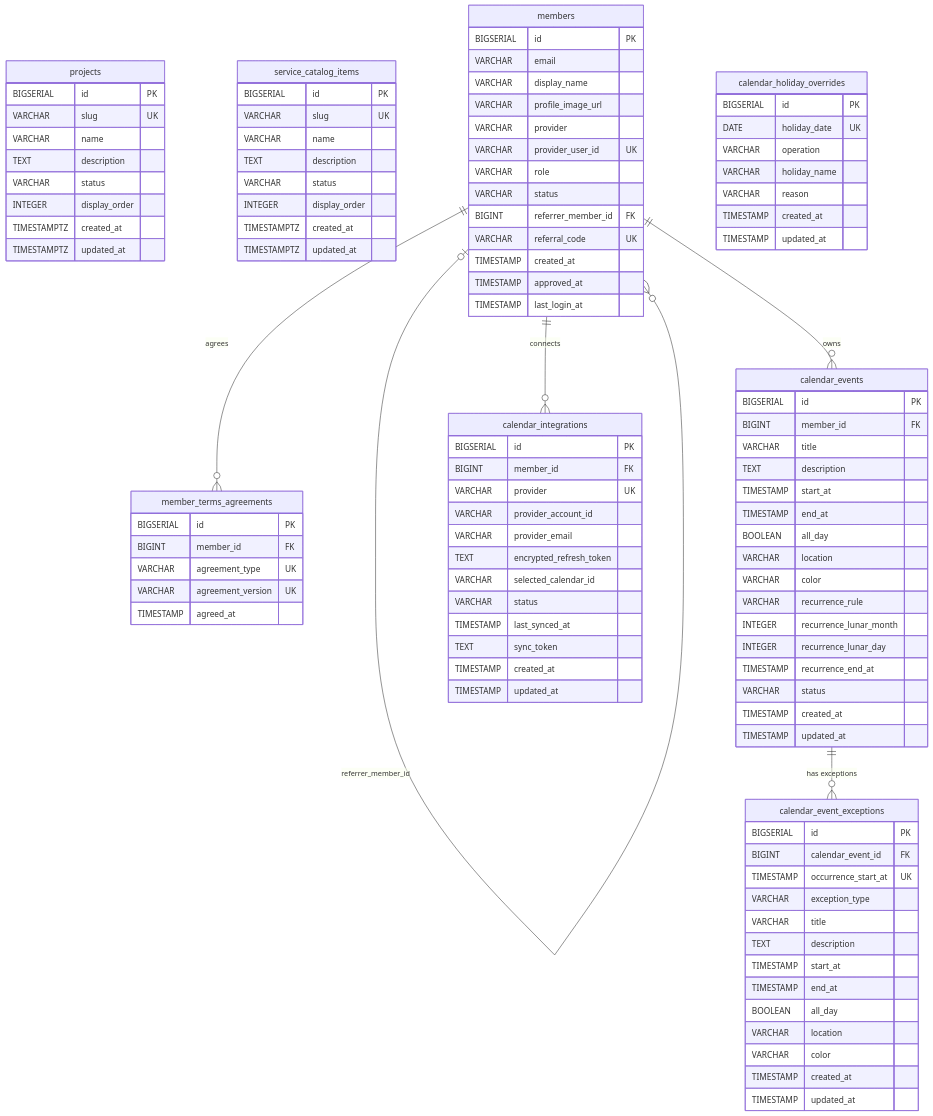
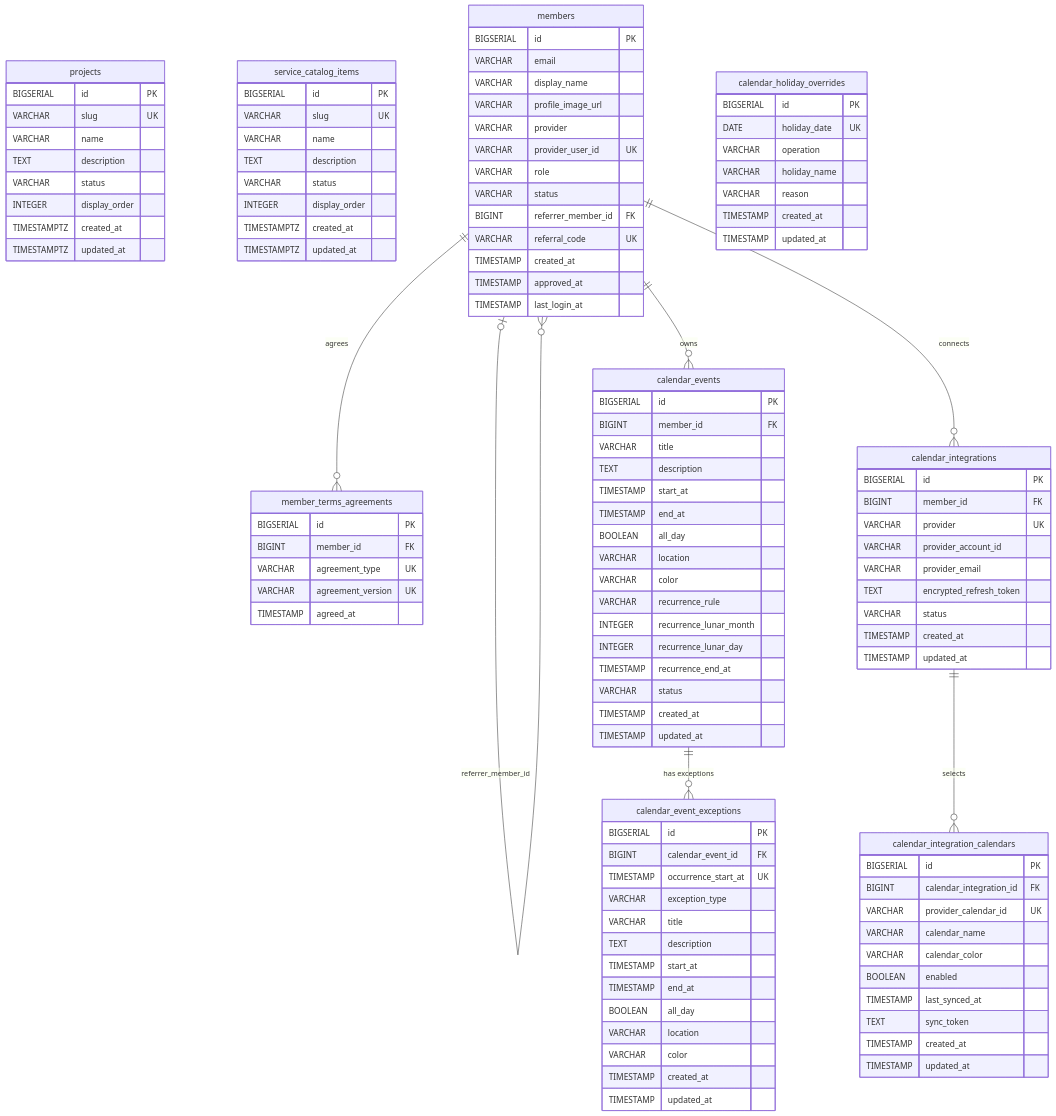
Before and after one commit to HoBaeBang/naruworks-platform: the diagram in docs/specs/erd-relations.md, drawn with Mermaid. The commit also changed other lines of this file and 3 other files, not shown here.

````diff
--- a/docs/specs/erd-relations.md
+++ b/docs/specs/erd-relations.md
@@ -106,8 +106,18 @@
         VARCHAR provider_account_id
         VARCHAR provider_email
         TEXT encrypted_refresh_token
-        VARCHAR selected_calendar_id
         VARCHAR status
+        TIMESTAMP created_at
+        TIMESTAMP updated_at
+    }
+
+    calendar_integration_calendars {
+        BIGSERIAL id PK
+        BIGINT calendar_integration_id FK
+        VARCHAR provider_calendar_id UK
+        VARCHAR calendar_name
+        VARCHAR calendar_color
+        BOOLEAN enabled
         TIMESTAMP last_synced_at
         TEXT sync_token
         TIMESTAMP created_at
@@ -119,4 +129,5 @@
     members ||--o{ calendar_events : "owns"
     calendar_events ||--o{ calendar_event_exceptions : "has exceptions"
     members ||--o{ calendar_integrations : "connects"
+    calendar_integrations ||--o{ calendar_integration_calendars : "selects"
 ```
````
